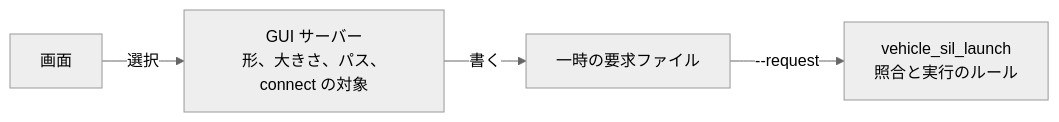
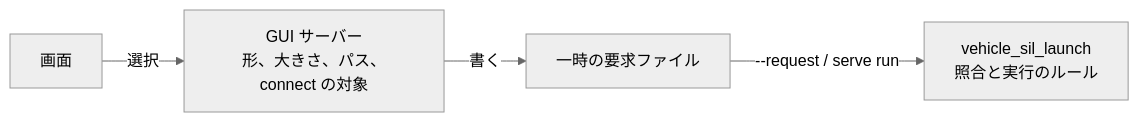
One commit to rahanahu/vehicle-sil changed the fourth of 4 diagrams in docs/ja/architecture.md. Above: the diagram before and after it, drawn with Mermaid (neutral theme). The commit also changed other lines of this file and 21 other files, not shown here.

First line of the commit message:
docs: update architecture, control-api, gui, and code-map for Events v4 and Protocol v4

````diff
--- a/docs/ja/architecture.md
+++ b/docs/ja/architecture.md
@@ -298,6 +299,6 @@
 ```mermaid
 flowchart LR
     screen["画面"] -->|"選択"| server["GUI サーバー<br>形、大きさ、パス、connect の対象"]
     server -->|"書く"| file["一時の要求ファイル"]
-    file -->|"--request"| launcher["vehicle_sil_launch<br>照合と実行のルール"]
+    file -->|"--request / serve run"| launcher["vehicle_sil_launch<br>照合と実行のルール"]
 ```
````
